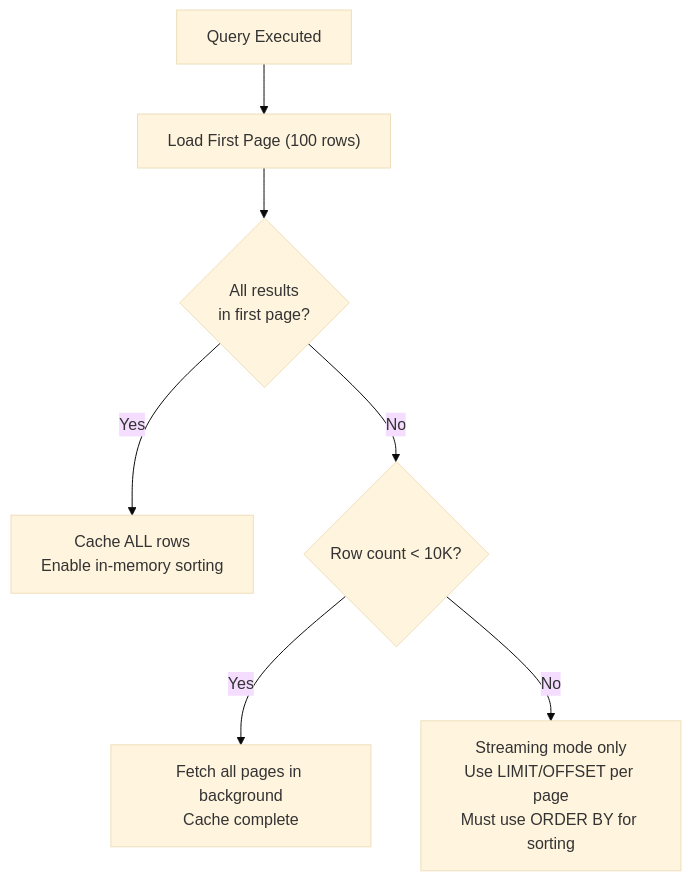
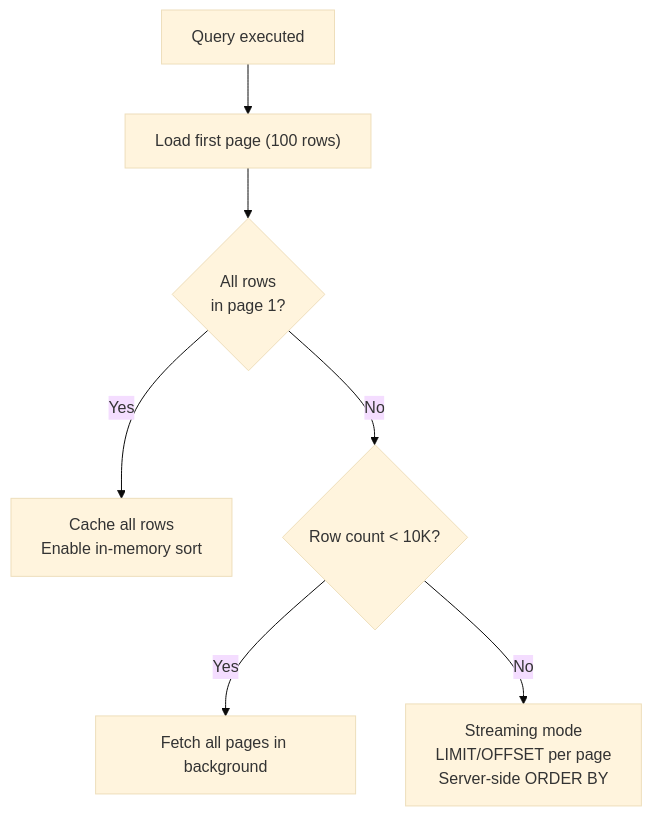
One commit to hfmsio/dbxlite changed the fourth of 9 diagrams in docs/ARCHITECTURE.md. Above: the diagram before and after it, drawn with Mermaid (base theme). The commit also changed other lines of this file and 154 other files, not shown here.

````diff
--- a/docs/ARCHITECTURE.md
+++ b/docs/ARCHITECTURE.md
@@ -503,9 +164,9 @@
 ```mermaid
 flowchart TD
-    Start["Query Executed"] --> Load["Load First Page (100 rows)"]
-    Load --> Check1{"All results<br/>in first page?"}
-    Check1 -->|Yes| CacheAll["Cache ALL rows<br/>Enable in-memory sorting"]
-    Check1 -->|No| Check2{"Row count < 10K?"}
-    Check2 -->|Yes| Background["Fetch all pages in background<br/>Cache complete"]
-    Check2 -->|No| Stream["Streaming mode only<br/>Use LIMIT/OFFSET per page<br/>Must use ORDER BY for sorting"]
+    Q["Query executed"] --> P1["Load first page (100 rows)"]
+    P1 --> AllOnPage{"All rows<br/>in page 1?"}
+    AllOnPage -->|Yes| CacheAll["Cache all rows<br/>Enable in-memory sort"]
+    AllOnPage -->|No| Small{"Row count < 10K?"}
+    Small -->|Yes| Bg["Fetch all pages in background"]
+    Small -->|No| Stream["Streaming mode<br/>LIMIT/OFFSET per page<br/>Server-side ORDER BY"]
 ```
````
